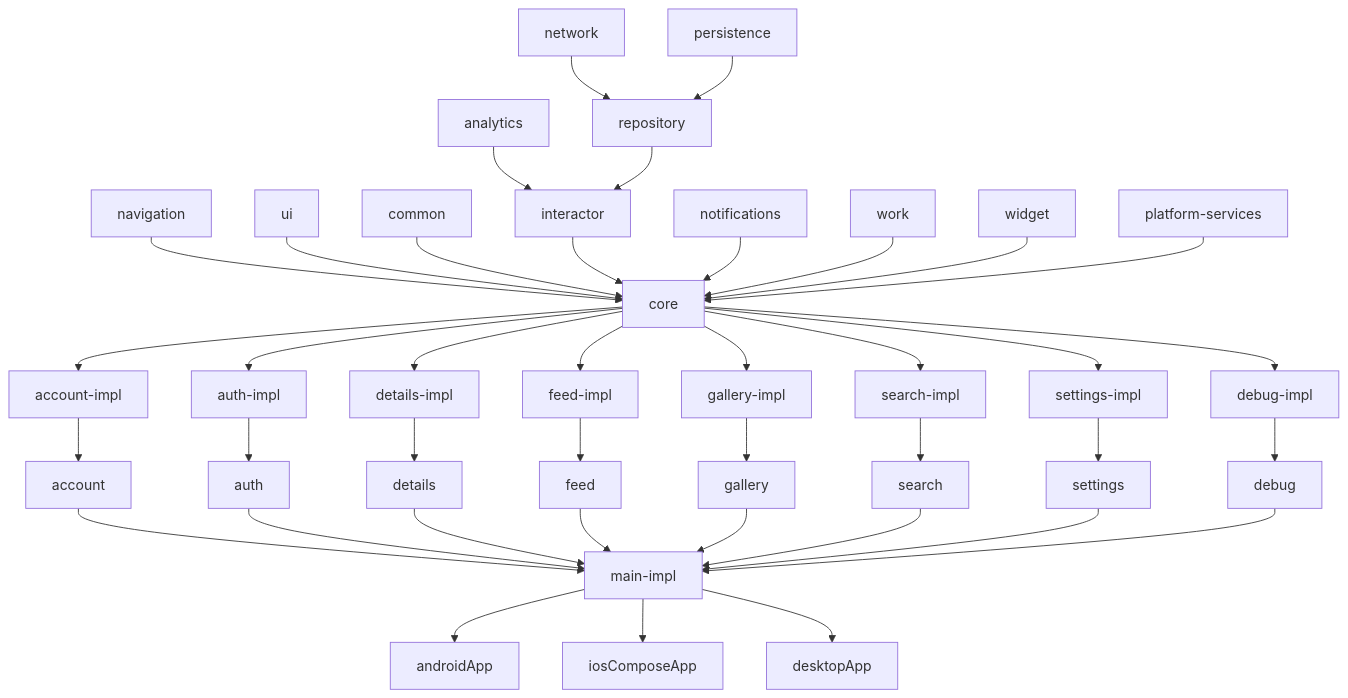
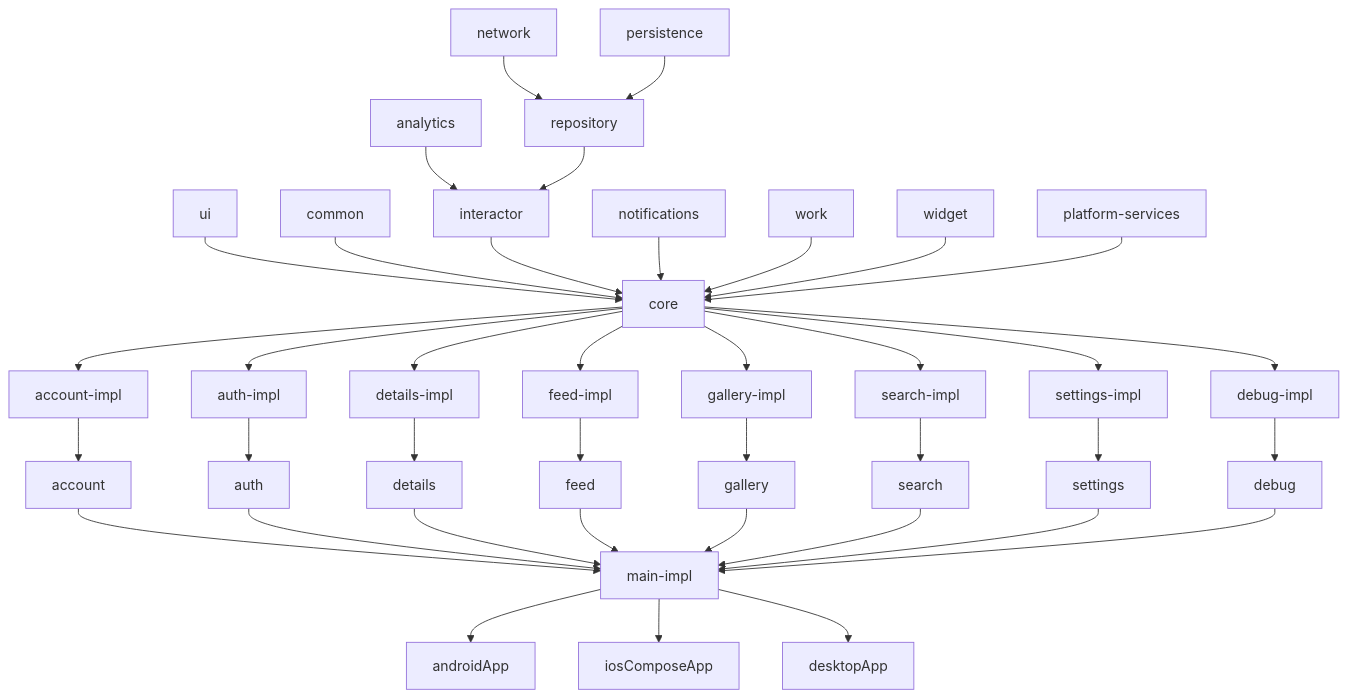
The diagram in readme.md (michaelbel/movies), drawn with Mermaid before and after one commit. The commit also changed 3 other files, not shown here.

````diff
--- a/readme.md
+++ b/readme.md
@@ -214,48 +214,47 @@
 ```mermaid
 graph TD;
     main-impl-->androidApp
     main-impl-->iosComposeApp
     main-impl-->desktopApp
 
     account-->main-impl
     auth-->main-impl
     details-->main-impl
     feed-->main-impl
     gallery-->main-impl
     search-->main-impl
     settings-->main-impl
     debug-->main-impl
 
     account-impl-->account
     auth-impl-->auth
     details-impl-->details
     feed-impl-->feed
     gallery-impl-->gallery
     search-impl-->search
     settings-impl-->settings
     debug-impl-->debug
 
     core-->account-impl
     core-->auth-impl
     core-->details-impl
     core-->feed-impl
     core-->gallery-impl
     core-->search-impl
     core-->settings-impl
     core-->debug-impl
 
-    navigation-->core
     ui-->core
     common-->core
     interactor-->core
     notifications-->core
     work-->core
     widget-->core
     platform-services-->core
 
     analytics-->interactor
     repository-->interactor
 
     network-->repository
     persistence-->repository
 ```
````
